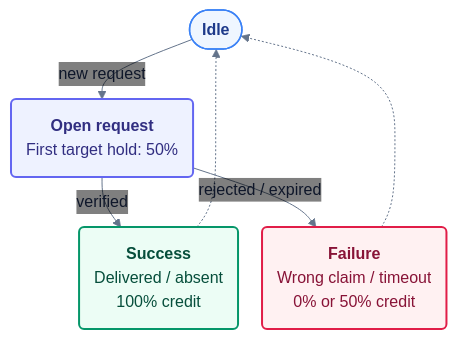
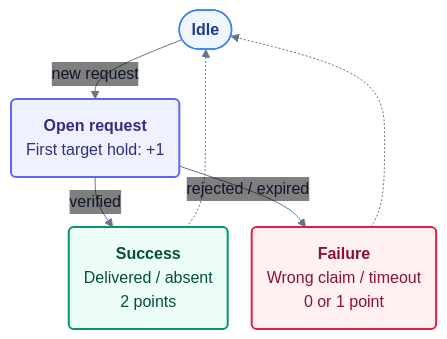
Before and after one commit to Grounded-Intelligence-Initiative/agentic-robotics-benchmark: the diagram in tasks/arm/object_finding_and_organizing_on_messy_desk/verify/figures/request-automaton.mmd, drawn with Mermaid. The commit also changed 9 other files, not shown here.

Commit message:
score: express request milestones as one point each

```diff
--- a/tasks/arm/object_finding_and_organizing_on_messy_desk/verify/figures/request-automaton.mmd
+++ b/tasks/arm/object_finding_and_organizing_on_messy_desk/verify/figures/request-automaton.mmd
@@ -1,20 +1,20 @@
 %%{init: {"theme": "base", "themeVariables": {"fontFamily": "Arial, Helvetica, sans-serif", "fontSize": "16px", "lineColor": "#64748b", "primaryTextColor": "#0f172a", "edgeLabelBackground": "transparent", "clusterBkg": "#f8fafc", "clusterBorder": "#cbd5e1"}, "flowchart": {"curve": "basis", "nodeSpacing": 24, "rankSpacing": 26, "htmlLabels": true}, "themeCSS": ".edgeLabel, .edgeLabel p, .edgeLabel span { background: transparent !important; background-color: transparent !important; } .edgeLabels span { font-size: 13px !important; color: #475569 !important; } .edgeLabels > g:nth-child(1) > g { translate: -14px -20px; } .edgeLabels > g:nth-child(2) > g { translate: -32px 0px; } .edgeLabels > g:nth-child(3) > g { translate: 12px -20px; } "}}%%
 flowchart TB
     I(["<b>Idle</b>"])
-    O("<b>Open request</b><br/>First target hold: 50%")
-    S("<b>Success</b><br/>Delivered / absent<br/>100% credit")
-    F("<b>Failure</b><br/>Wrong claim / timeout<br/>0% or 50% credit")
+    O("<b>Open request</b><br/>First target hold: +1")
+    S("<b>Success</b><br/>Delivered / absent<br/>2 points")
+    F("<b>Failure</b><br/>Wrong claim / timeout<br/>0 or 1 point")
     I -->|new request| O
     O -->|verified| S
     O -->|rejected / expired| F
     S -.-> I
     F -.-> I
 
     classDef neutral fill:#eff6ff,stroke:#3b82f6,color:#1e3a8a,stroke-width:1.5px;
     classDef active fill:#eef2ff,stroke:#6366f1,color:#312e81,stroke-width:2px;
     classDef success fill:#ecfdf5,stroke:#059669,color:#064e3b,stroke-width:2px;
     classDef failure fill:#fff1f2,stroke:#e11d48,color:#881337,stroke-width:2px;
     class I neutral;
     class O active;
     class S success;
     class F failure;
```
